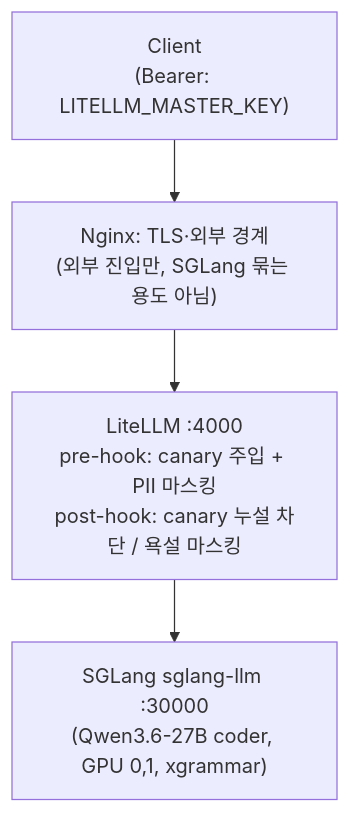
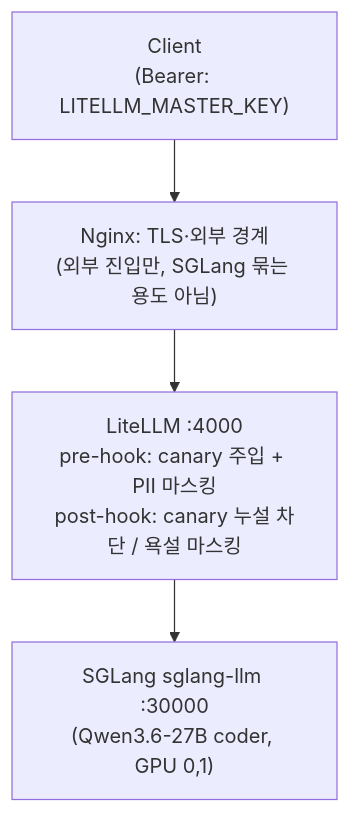
The first of 2 diagrams in .docs/5-인프라셋팅/llm서빙-sglang-litellm.md (Danwoo/fintech-ai-platform), drawn with Mermaid before and after one commit. The commit also changed other lines of this file, not shown here.

````diff
--- a/.docs/5-인프라셋팅/llm서빙-sglang-litellm.md
+++ b/.docs/5-인프라셋팅/llm서빙-sglang-litellm.md
@@ -13,6 +13,6 @@
 ```mermaid
 flowchart TD
     CLI["Client<br/>(Bearer: LITELLM_MASTER_KEY)"] --> NGX["Nginx: TLS·외부 경계<br/>(외부 진입만, SGLang 묶는 용도 아님)"]
     NGX --> LT["LiteLLM :4000<br/>pre-hook: canary 주입 + PII 마스킹<br/>post-hook: canary 누설 차단 / 욕설 마스킹"]
-    LT --> LLM["SGLang sglang-llm :30000<br/>(Qwen3.6-27B coder, GPU 0,1, xgrammar)"]
+    LT --> LLM["SGLang sglang-llm :30000<br/>(Qwen3.6-27B coder, GPU 0,1)"]
 ```
````
